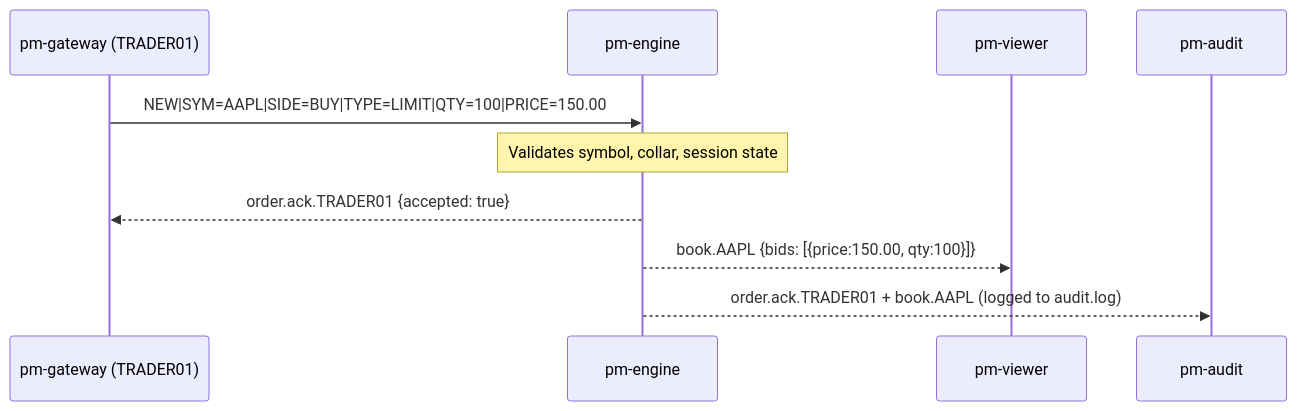
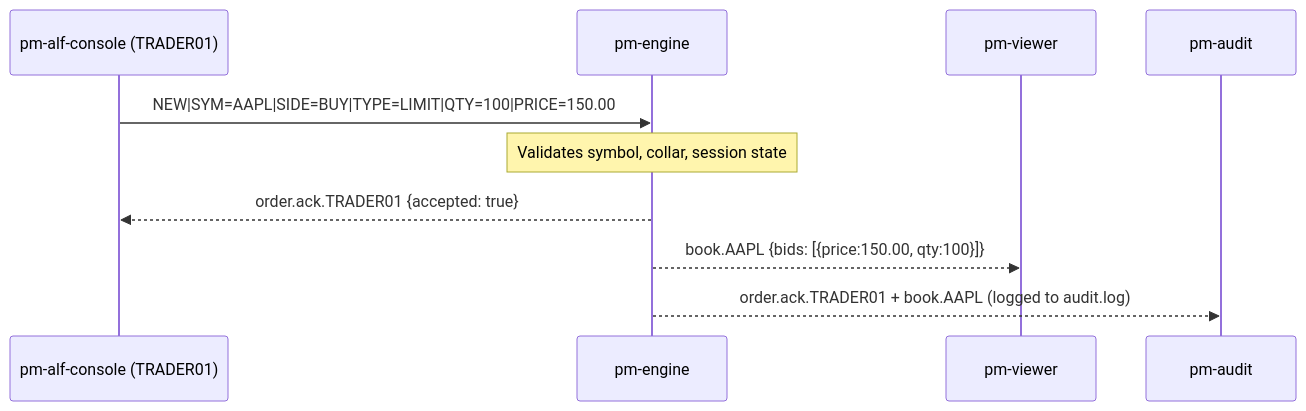
Before and after one commit to johan162/EduMatcher: the second of 2 diagrams in docs/user-guide/03-running-the-engine.md, drawn with Mermaid. The commit also changed other lines of this file and 38 other files, not shown here.

````diff
--- a/docs/user-guide/03-running-the-engine.md
+++ b/docs/user-guide/03-running-the-engine.md
@@ -478,13 +478,13 @@
 ```mermaid
 sequenceDiagram
-    participant GW as pm-gateway (TRADER01)
+    participant GW as pm-alf-console (TRADER01)
     participant ENG as pm-engine
     participant VW as pm-viewer
     participant AUD as pm-audit
 
     GW->>ENG: NEW|SYM=AAPL|SIDE=BUY|TYPE=LIMIT|QTY=100|PRICE=150.00
     Note over ENG: Validates symbol, collar, session state
     ENG-->>GW: order.ack.TRADER01 {accepted: true}
     ENG-->>VW: book.AAPL {bids: [{price:150.00, qty:100}]}
     ENG-->>AUD: order.ack.TRADER01 + book.AAPL (logged to audit.log)
 ```
````
